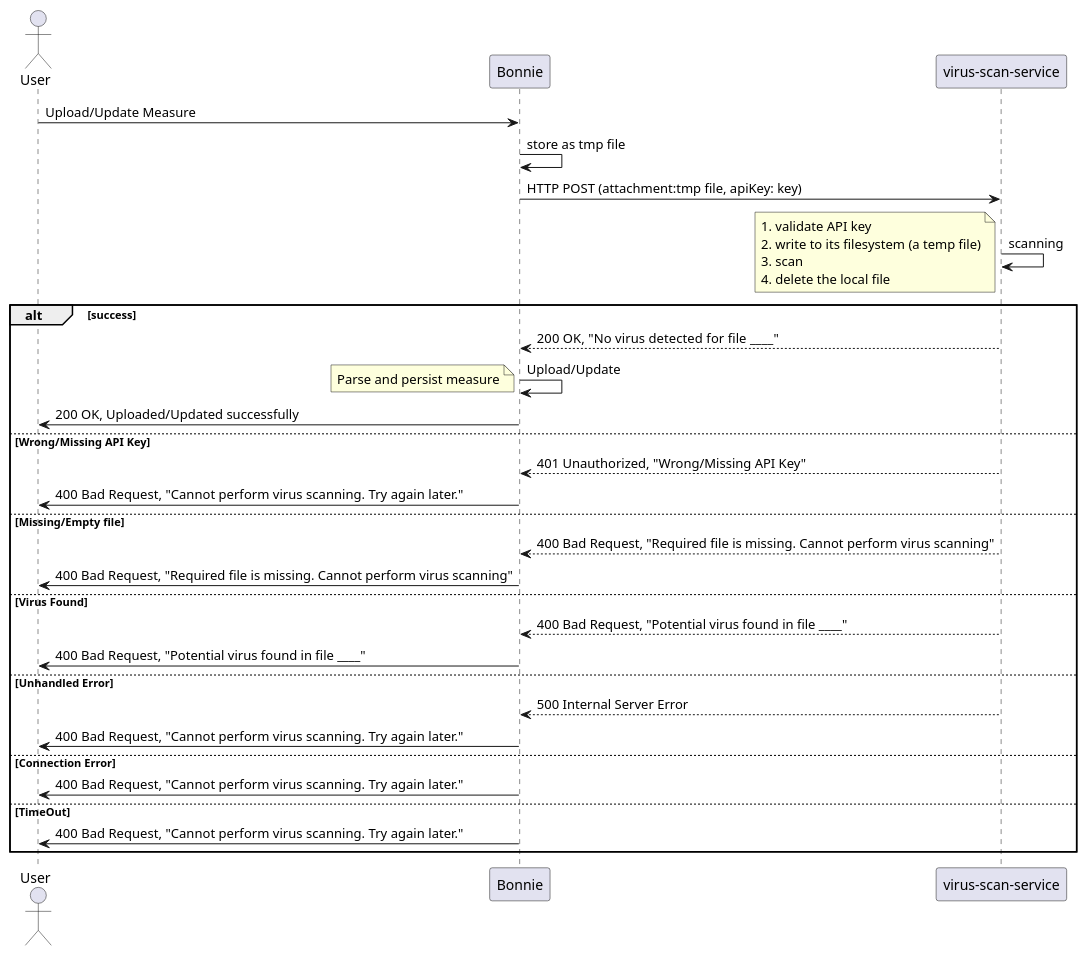
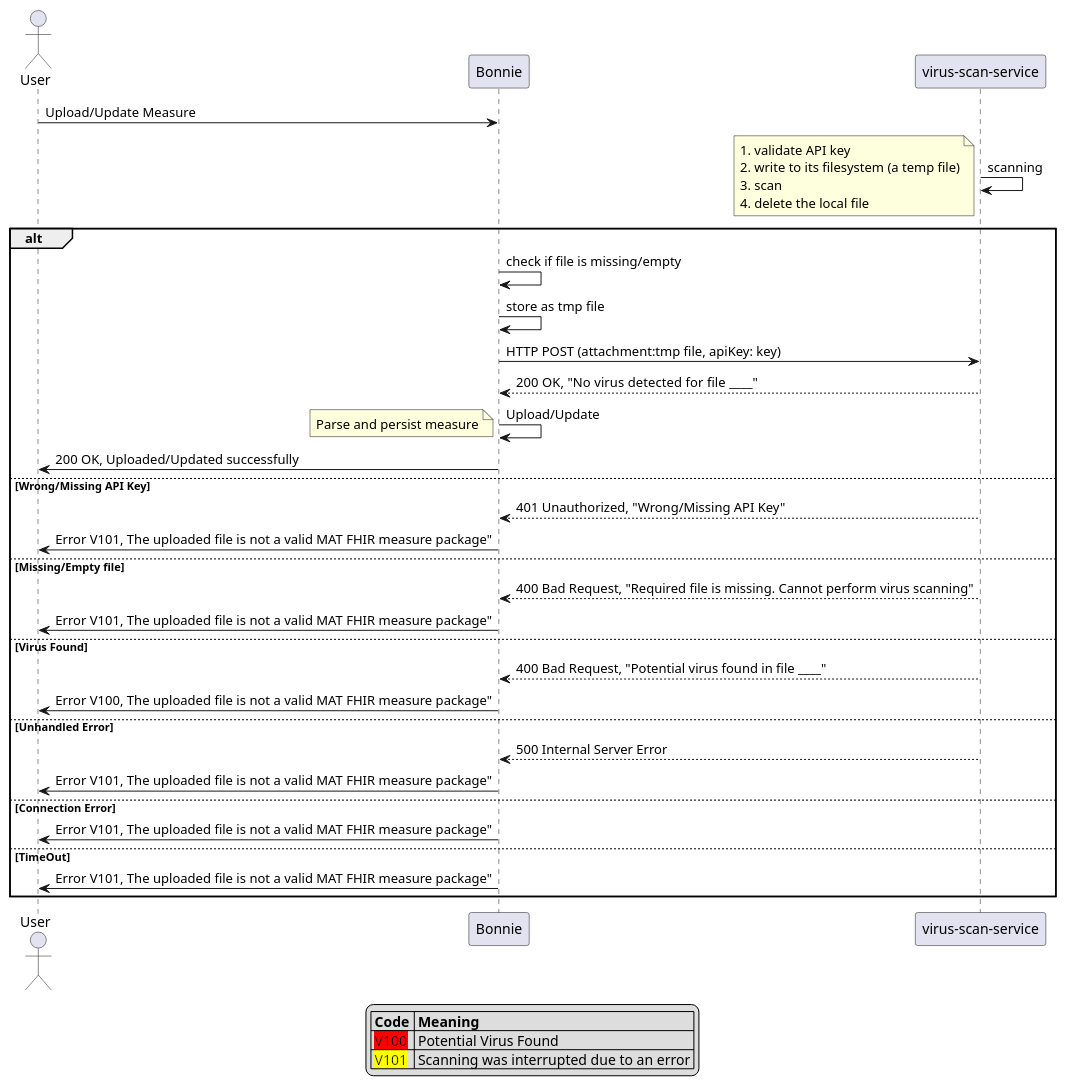
Before and after one commit to MeasureAuthoringTool/bonnie: the diagram in doc/virus_scanning_sequence.puml, drawn with PlantUML. The commit also changed 2 other files, not shown here.

Commit message:
MAT-2281 Corrected virus scanning related error messages.

```diff
--- a/doc/virus_scanning_sequence.puml
+++ b/doc/virus_scanning_sequence.puml
@@ -1,48 +1,54 @@
 @startuml
 actor User
 
 User -> Bonnie: Upload/Update Measure
-Bonnie -> Bonnie: store as tmp file
-Bonnie -> "virus-scan-service": HTTP POST (attachment:tmp file, apiKey: key)
 
 "virus-scan-service" -> "virus-scan-service": scanning
 note left
     1. validate API key
     2. write to its filesystem (a temp file)
     3. scan
     4. delete the local file
 end note
-alt success
+alt
+Bonnie -> Bonnie: check if file is missing/empty
+Bonnie -> Bonnie: store as tmp file
+Bonnie -> "virus-scan-service": HTTP POST (attachment:tmp file, apiKey: key)
 "virus-scan-service" --> Bonnie: 200 OK,  "No virus detected for file ____"
 Bonnie -> Bonnie: Upload/Update
 note left
     Parse and persist measure
 end note
 Bonnie -> User: 200 OK, Uploaded/Updated successfully
 
 else Wrong/Missing API Key
 "virus-scan-service" --> Bonnie: 401 Unauthorized, "Wrong/Missing API Key"
-Bonnie -> User: 400 Bad Request, "Cannot perform virus scanning. Try again later."
+Bonnie -> User: Error V101, The uploaded file is not a valid MAT FHIR measure package"
 
 else Missing/Empty file
 "virus-scan-service" --> Bonnie: 400 Bad Request, "Required file is missing. Cannot perform virus scanning"
-Bonnie -> User: 400 Bad Request, "Required file is missing. Cannot perform virus scanning"
+Bonnie -> User: Error V101, The uploaded file is not a valid MAT FHIR measure package"
 
 else Virus Found
 "virus-scan-service" --> Bonnie: 400 Bad Request, "Potential virus found in file ____"
-Bonnie -> User: 400 Bad Request, "Potential virus found in file ____"
+Bonnie -> User: Error V100, The uploaded file is not a valid MAT FHIR measure package"
 
 else Unhandled Error
 "virus-scan-service" --> Bonnie: 500 Internal Server Error
-Bonnie -> User: 400 Bad Request, "Cannot perform virus scanning. Try again later."
+Bonnie -> User: Error V101, The uploaded file is not a valid MAT FHIR measure package"
 
 else Connection Error
-Bonnie -> User: 400 Bad Request, "Cannot perform virus scanning. Try again later."
+Bonnie -> User: Error V101, The uploaded file is not a valid MAT FHIR measure package"
 
 else TimeOut
-Bonnie -> User: 400 Bad Request, "Cannot perform virus scanning. Try again later."
+Bonnie -> User: Error V101, The uploaded file is not a valid MAT FHIR measure package"
 
 end
 
+legend
+ |= Code |= Meaning |
+ |<back:#red> V100  </back>| Potential Virus Found |
+ |<back:#yellow> V101  </back>| Scanning was interrupted due to an error |
+endlegend
 
 @enduml
```
